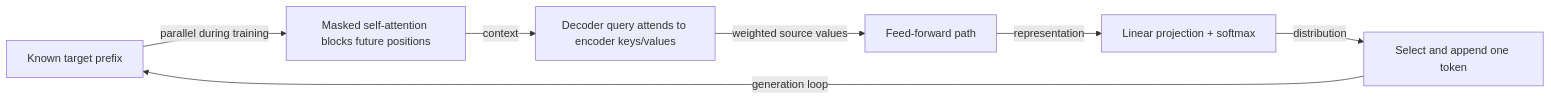
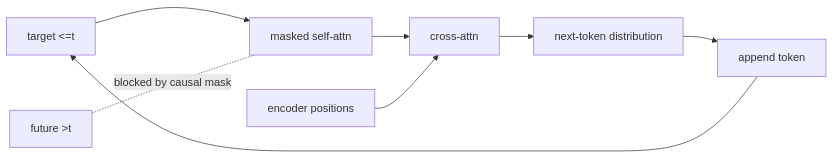
Before and after one commit to Betancourt1/paper_atlas: the fourth of 6 diagrams in docs/visual-manifests/VISUAL_MANIFEST_ATTENTION_IS_ALL_YOU_NEED.md, drawn with Mermaid. The commit also changed other lines of this file and 52 other files, not shown here.

````diff
--- a/docs/visual-manifests/VISUAL_MANIFEST_ATTENTION_IS_ALL_YOU_NEED.md
+++ b/docs/visual-manifests/VISUAL_MANIFEST_ATTENTION_IS_ALL_YOU_NEED.md
@@ -1519,15 +438,17 @@
 ```mermaid
 flowchart LR
-  prefix["Known target prefix"]
-  mask["Masked self-attention blocks future positions"]
-  cross["Decoder query attends to encoder keys/values"]
-  ffn["Feed-forward path"]
-  proj["Linear projection + softmax"]
-  token["Select and append one token"]
-  prefix -->|"parallel during training"| mask
-  mask -->|"context"| cross
-  cross -->|"weighted source values"| ffn
-  ffn -->|"representation"| proj
-  proj -->|"distribution"| token
-  token -->|"generation loop"| prefix
+  n0["target <=t"]
+  n1["future >t"]
+  n2["masked self-attn"]
+  n3["encoder positions"]
+  n4["cross-attn"]
+  n5["next-token distribution"]
+  n6["append token"]
+  n0 --> n2
+  n1 -. "blocked by causal mask" .- n2
+  n2 --> n4
+  n3 --> n4
+  n4 --> n5
+  n5 --> n6
+  n6 --> n0
 ```
````
